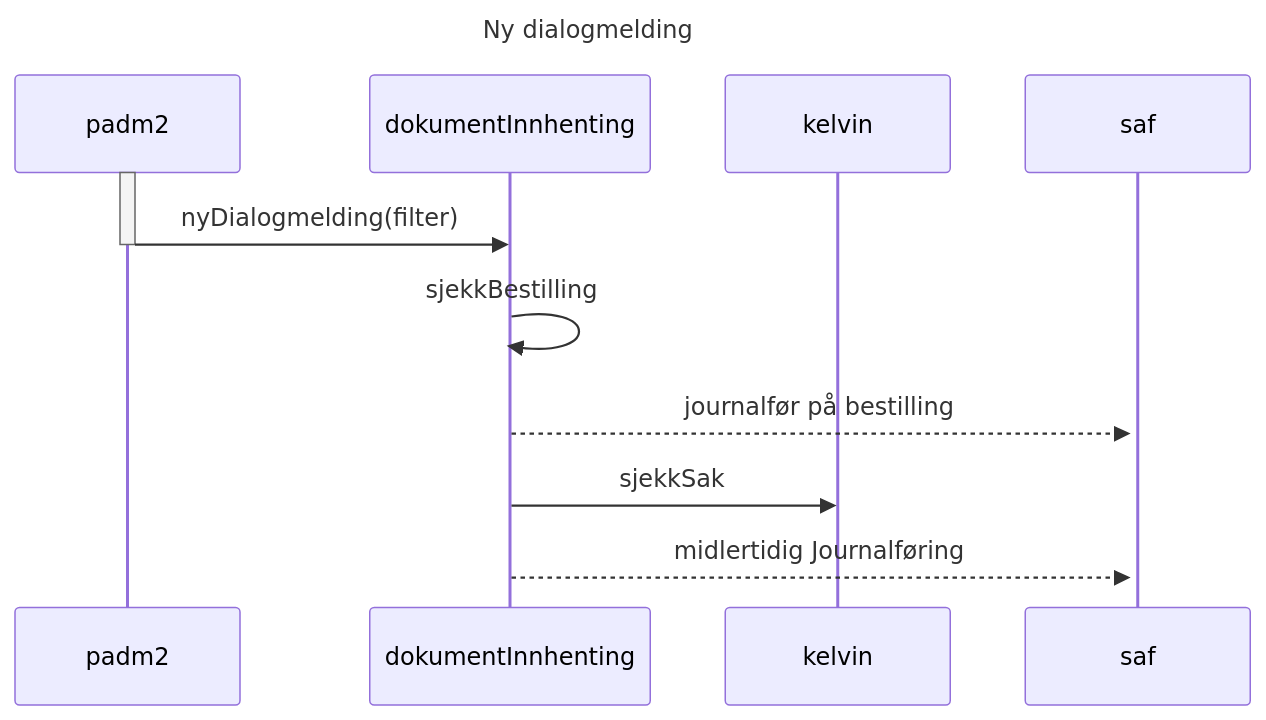
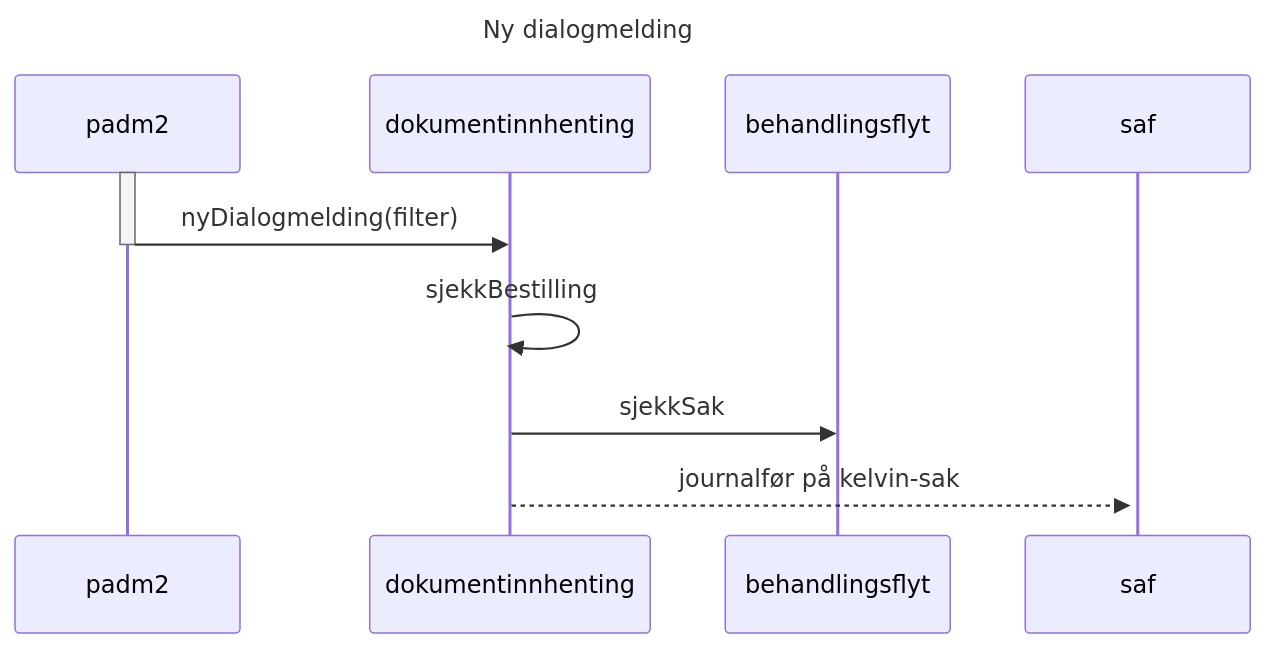
The first of 2 diagrams in docs/funksjonalitet/13_Dokumentinnhenting/teknisk.md (navikt/aap-intern-sysdok), drawn with Mermaid before and after one commit. The commit also changed other lines of this file and 1 other file, not shown here.

First line of the commit message:
Oppdateringer på Dokumentinnhenting-dokumnetasjon (#166)

````diff
--- a/docs/funksjonalitet/13_Dokumentinnhenting/teknisk.md
+++ b/docs/funksjonalitet/13_Dokumentinnhenting/teknisk.md
@@ -19,18 +20,17 @@
 ```mermaid
 ---
 title: Ny dialogmelding
 ---
 sequenceDiagram
   participant p as padm2
-  participant d as dokumentInnhenting
-  participant k as kelvin
+  participant d as dokumentinnhenting
+  participant b as behandlingsflyt
   participant s as saf
   activate p
   p->>d: nyDialogmelding(filter)
   deactivate p
   d->>d: sjekkBestilling
   activate s
-  d-->>s: journalfør på bestilling
-  d->>k: sjekkSak
-  d-->>s: midlertidig Journalføring
+  d->>b: sjekkSak
+  d-->>s: journalfør på kelvin-sak
 ```
````
